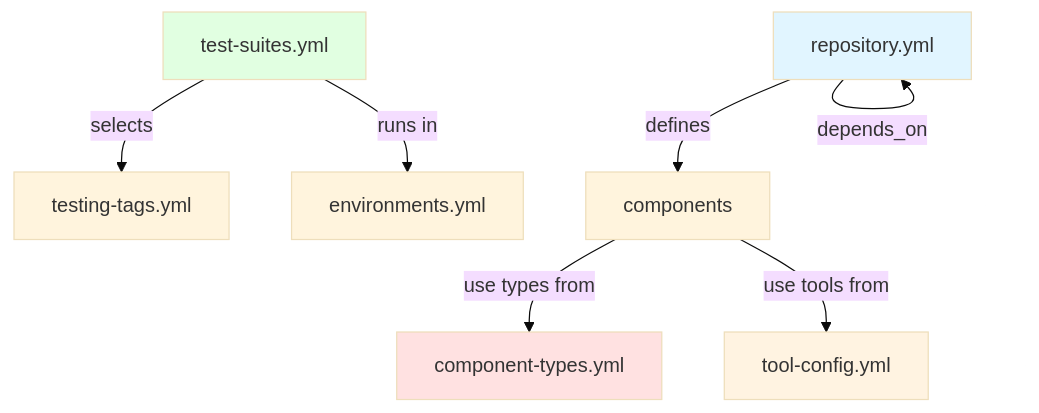
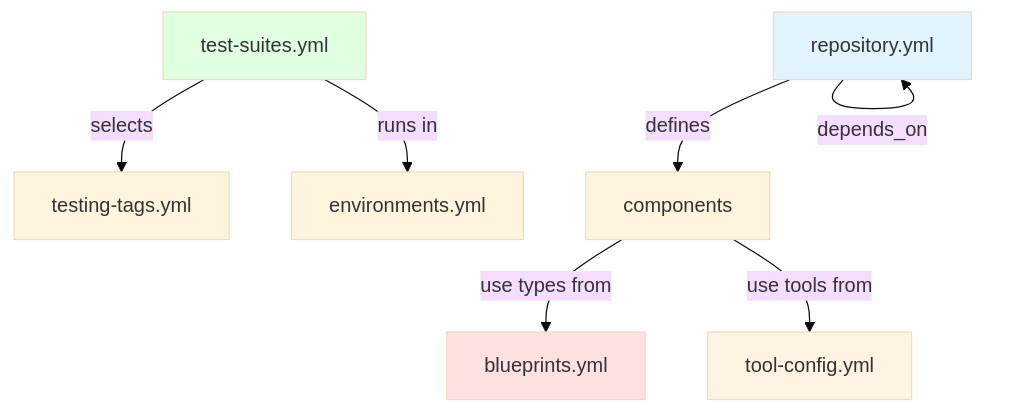
One commit to ready-to-release/eac changed the diagram in docs/reference/eac/architecture/contracts.md. Above: the diagram before and after it, drawn with Mermaid (base theme). The commit also changed other lines of this file and 850 other files, not shown here.

````diff
--- a/docs/reference/eac/architecture/contracts.md
+++ b/docs/reference/eac/architecture/contracts.md
@@ -384,14 +384,14 @@
 ```mermaid
 graph TB
     Modules[repository.yml] -->|defines| Components[components]
-    Components -->|use types from| Types[component-types.yml]
+    Components -->|use types from| Types[blueprints.yml]
     Components -->|use tools from| Tools[tool-config.yml]
     Modules -->|depends_on| Modules
     Suites[test-suites.yml] -->|selects| Tags[testing-tags.yml]
     Suites -->|runs in| Envs[environments.yml]
 
     style Modules fill:#e1f5ff
     style Types fill:#ffe1e1
     style Tools fill:#fff3e1
     style Suites fill:#e1ffe1
 ```
````
